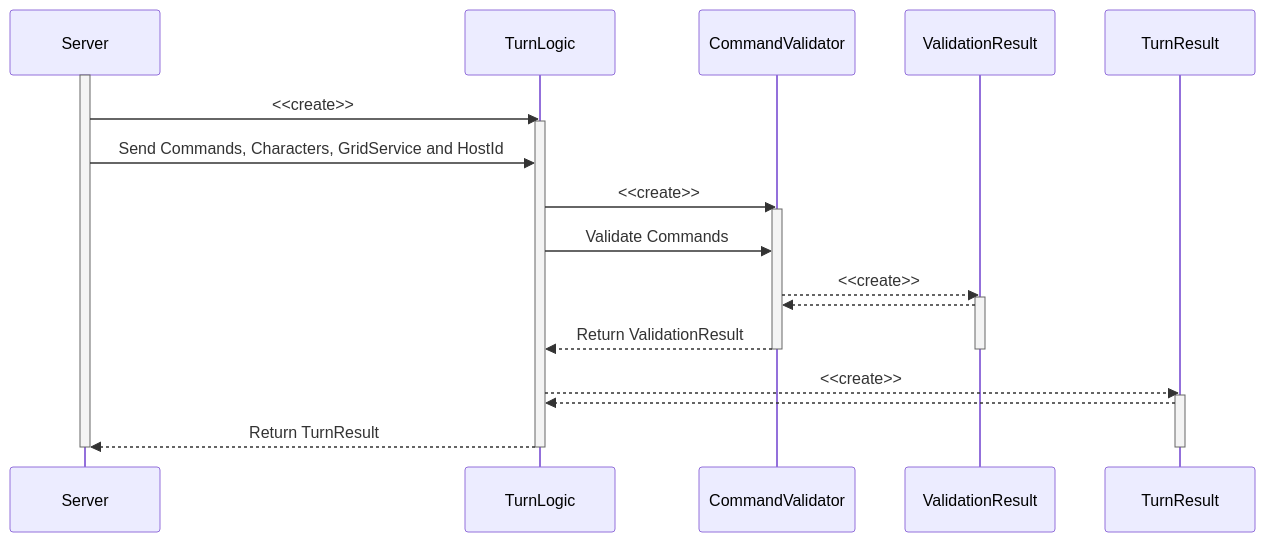
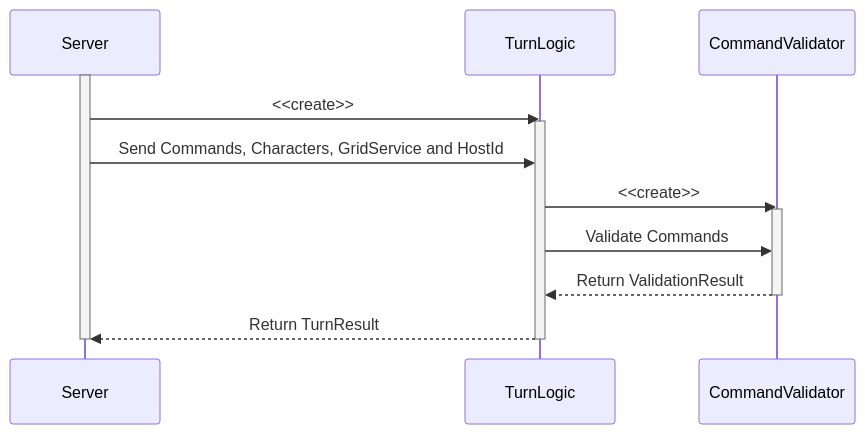
One commit to B-Team-Organisation/Fantasy-Chess changed the second of 3 diagrams in documentation/Writerside/topics/Turn-Logic.md. Above: the diagram before and after it, drawn with Mermaid. The commit also changed 8 other files, not shown here.

````diff
--- a/documentation/Writerside/topics/Turn-Logic.md
+++ b/documentation/Writerside/topics/Turn-Logic.md
@@ -91,32 +91,22 @@
 ```mermaid
 sequenceDiagram
     participant Server
     participant TurnLogic
     participant CommandValidator
-    participant ValidationResult
-    participant TurnResult
         
     activate Server    
     Server ->>TurnLogic: <<create>>
     activate TurnLogic
     Server ->>TurnLogic: Send Commands, Characters, GridService and HostId
 
     TurnLogic->>CommandValidator: <<create>>
     activate CommandValidator
     TurnLogic->>CommandValidator: Validate Commands
     
-    CommandValidator-->>ValidationResult: <<create>>
-    activate ValidationResult
-    ValidationResult-->>CommandValidator: 
     CommandValidator-->>TurnLogic: Return ValidationResult
     deactivate CommandValidator
-    deactivate ValidationResult
 
-    TurnLogic-->>TurnResult: <<create>>
-    activate TurnResult
-    TurnResult-->>TurnLogic: 
     TurnLogic-->>Server: Return TurnResult
     deactivate TurnLogic
-    deactivate TurnResult
     deactivate Server
 ```
````
